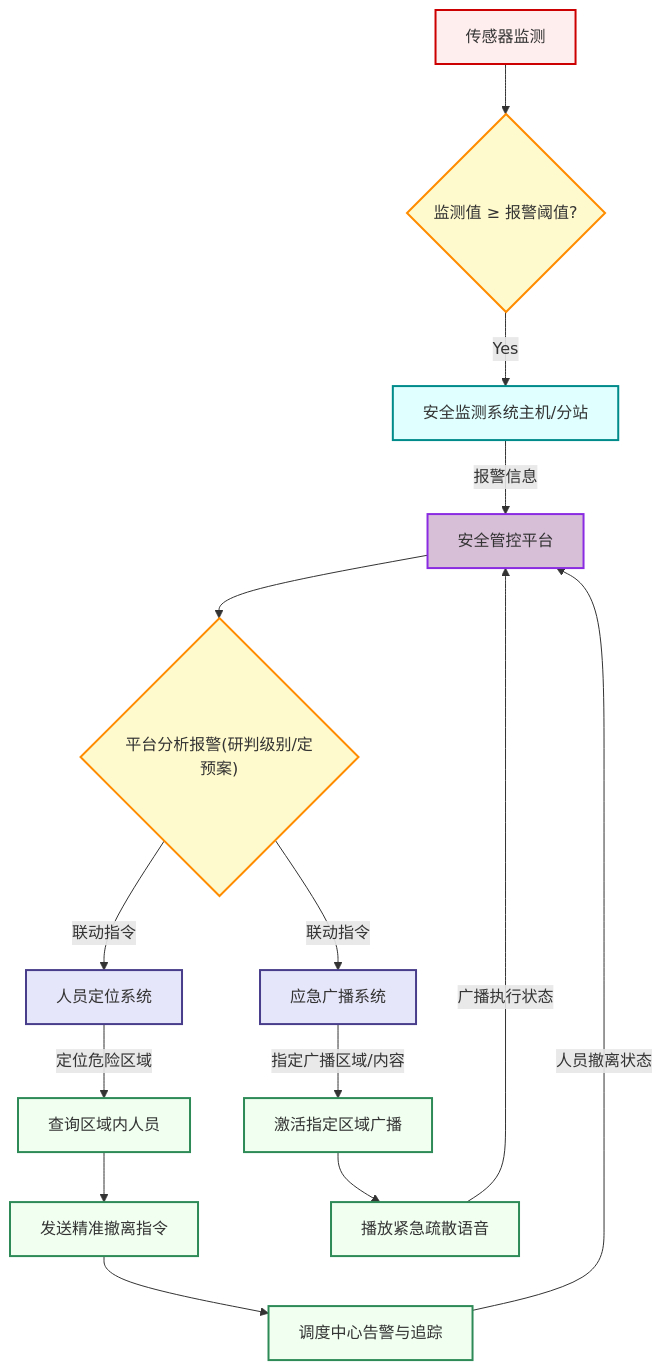
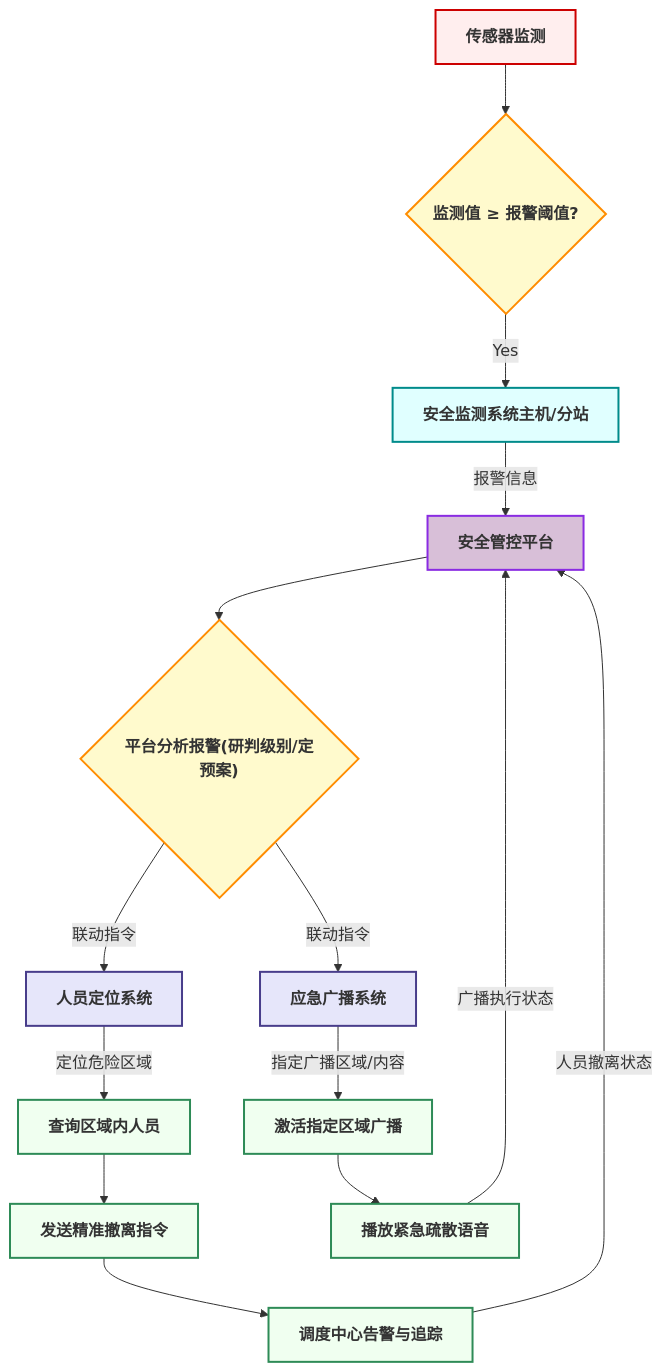
One commit to kcylp/iodraw-files changed the diagram in all/未命名-3.md. Above: the diagram before and after it, drawn with Mermaid.

Commit message:
2025-04-24 19:04:35 update

````diff
--- a/all/未命名-3.md
+++ b/all/未命名-3.md
@@ -1,24 +1,23 @@
 ```mermaid
-graph TD
-    A["传感器监测"]:::sensor --> B{"监测值 ≥ 报警阈值?"}:::decision
-    B -- Yes --> C["安全监测系统主机/分站"]:::process
-    C -- 报警信息 --> D["安全管控平台"]:::platform
-    D --> E{"平台分析报警(研判级别/定预案)"}:::decision
-    E -- 联动指令 --> F["人员定位系统"]:::system
-    E -- 联动指令 --> G["应急广播系统"]:::system
-    F -- 定位危险区域 --> H["查询区域内人员"]:::action
-    H --> I["发送精准撤离指令"]:::action
-    I --> L["调度中心告警与追踪"]:::action
-    G -- 指定广播区域/内容 --> J["激活指定区域广播"]:::action
-    J --> K["播放紧急疏散语音"]:::action
-    L -- 人员撤离状态 --> D
-    K -- 广播执行状态 --> D
-    classDef sensor fill:#FFEEEE,stroke:#CC0000,stroke-width:2px
-    classDef decision fill:#FFFACD,stroke:#FF8C00,stroke-width:2px
-    classDef process fill:#E0FFFF,stroke:#008B8B,stroke-width:2px
-    classDef platform fill:#D8BFD8,stroke:#8A2BE2,stroke-width:2px
-    classDef system fill:#E6E6FA,stroke:#483D8B,stroke-width:2px
-    classDef action fill:#F0FFF0,stroke:#2E8B57,stroke-width:2px
-    classDef default fill:#F5F5F5,stroke:#696969,stroke-width:1px
-
+graph TD;
+    A["<b>传感器监测</b>"]:::sensor --> B{"<b>监测值 ≥ 报警阈值?</b>"}:::decision;
+    B -- Yes --> C["<b>安全监测系统主机/分站</b>"]:::process;
+    C -- 报警信息 --> D["<b>安全管控平台</b>"]:::platform;
+    D --> E{"<b>平台分析报警(研判级别/定预案)</b>"}:::decision;
+    E -- 联动指令 --> F["<b>人员定位系统</b>"]:::system;
+    E -- 联动指令 --> G["<b>应急广播系统</b>"]:::system;
+    F -- 定位危险区域 --> H["<b>查询区域内人员</b>"]:::action;
+    H --> I["<b>发送精准撤离指令</b>"]:::action;
+    I --> L["<b>调度中心告警与追踪</b>"]:::action;
+    G -- 指定广播区域/内容 --> J["<b>激活指定区域广播</b>"]:::action;
+    J --> K["<b>播放紧急疏散语音</b>"]:::action;
+    L -- 人员撤离状态 --> D;
+    K -- 广播执行状态 --> D;
+    classDef sensor fill:#FFEEEE,stroke:#CC0000,stroke-width:2px;
+    classDef decision fill:#FFFACD,stroke:#FF8C00,stroke-width:2px;
+    classDef process fill:#E0FFFF,stroke:#008B8B,stroke-width:2px;
+    classDef platform fill:#D8BFD8,stroke:#8A2BE2,stroke-width:2px;
+    classDef system fill:#E6E6FA,stroke:#483D8B,stroke-width:2px;
+    classDef action fill:#F0FFF0,stroke:#2E8B57,stroke-width:2px;
+    classDef default fill:#F5F5F5,stroke:#696969,stroke-width:1px;
 ```
````
